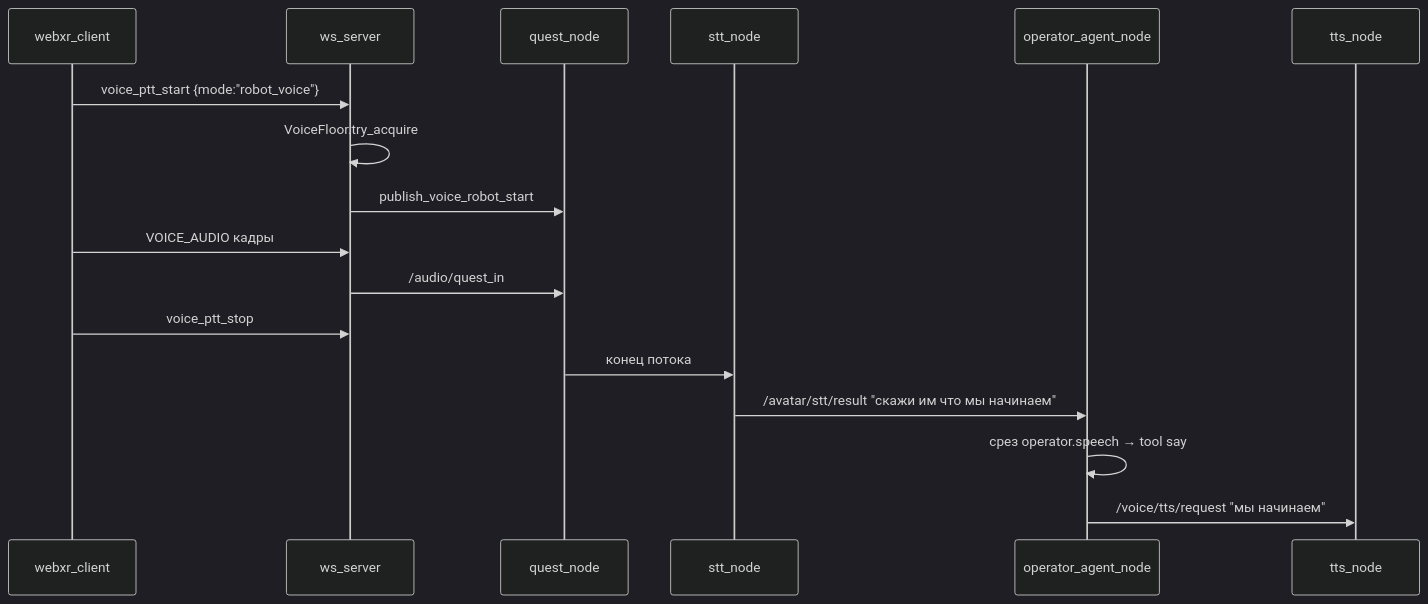
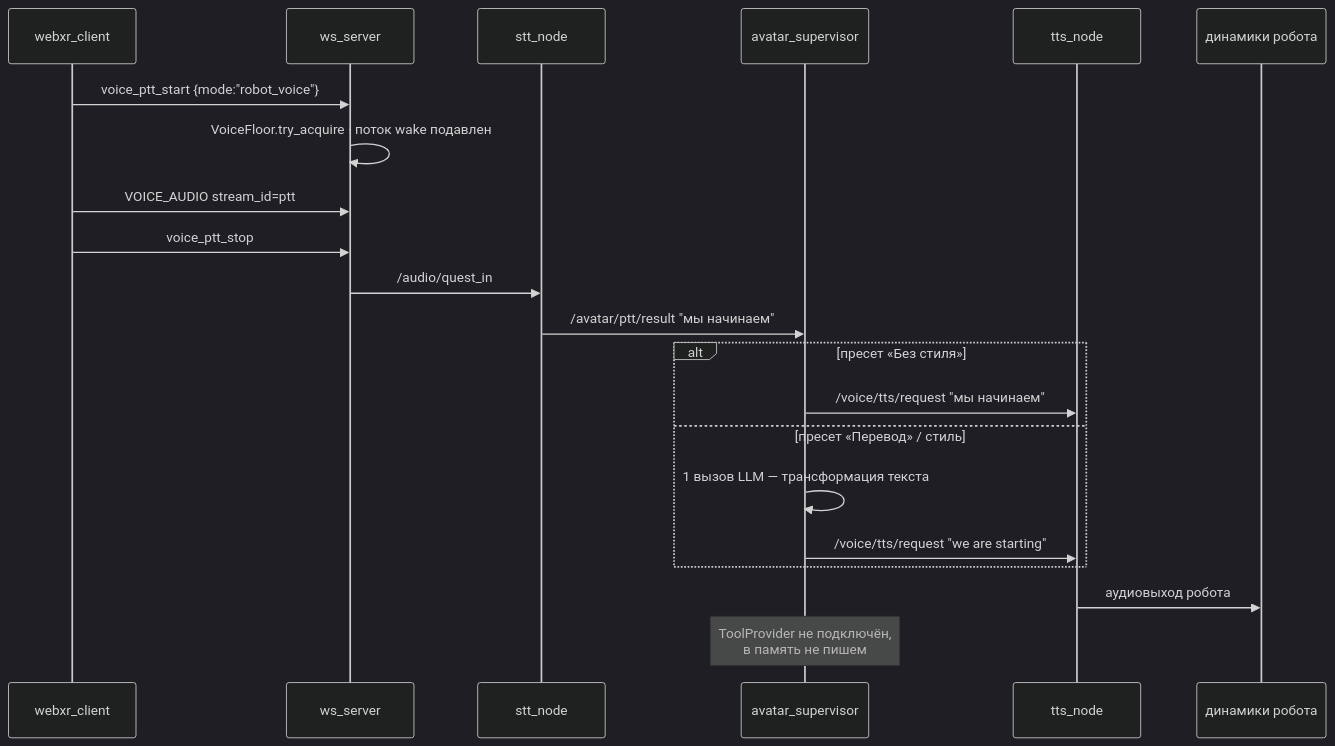
Before and after one commit to krikz/rob_box_project: the fifth of 7 diagrams in docs/architecture/target-operator-agent-and-dialogue.md, drawn with Mermaid (dark theme). The commit also changed other lines of this file, not shown here.

First line of the commit message:
docs(architecture): супервизор = агентский цикл ТАРС; арбитраж floor выносится

````diff
--- a/docs/architecture/target-operator-agent-and-dialogue.md
+++ b/docs/architecture/target-operator-agent-and-dialogue.md
@@ -467,19 +705,23 @@
 ```mermaid
 sequenceDiagram
   participant C as webxr_client
   participant WS as ws_server
-  participant QN as quest_node
   participant S as stt_node
-  participant OA as operator_agent_node
+  participant OA as avatar_supervisor
   participant T as tts_node
+  participant SPK as динамики робота
   C->>WS: voice_ptt_start {mode:"robot_voice"}
-  WS->>WS: VoiceFloor.try_acquire
-  WS->>QN: publish_voice_robot_start
-  C->>WS: VOICE_AUDIO кадры
-  WS->>QN: /audio/quest_in
+  WS->>WS: VoiceFloor.try_acquire · поток wake подавлен
+  C->>WS: VOICE_AUDIO stream_id=ptt
   C->>WS: voice_ptt_stop
-  QN->>S: конец потока
-  S->>OA: /avatar/stt/result "скажи им что мы начинаем"
-  OA->>OA: срез operator.speech → tool say
-  OA->>T: /voice/tts/request "мы начинаем"
+  WS->>S: /audio/quest_in
+  S->>OA: /avatar/ptt/result "мы начинаем"
+  alt пресет «Без стиля»
+    OA->>T: /voice/tts/request "мы начинаем"
+  else пресет «Перевод» / стиль
+    OA->>OA: 1 вызов LLM — трансформация текста
+    OA->>T: /voice/tts/request "we are starting"
+  end
+  T->>SPK: аудиовыход робота
+  Note over OA: ToolProvider не подключён,<br/>в память не пишем
 ```
````
